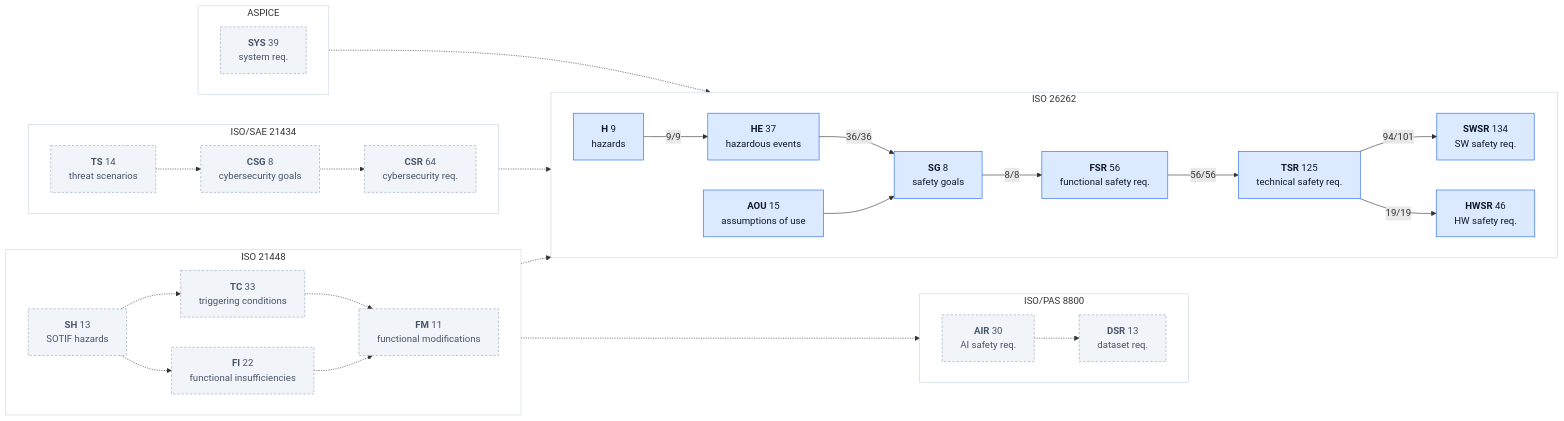
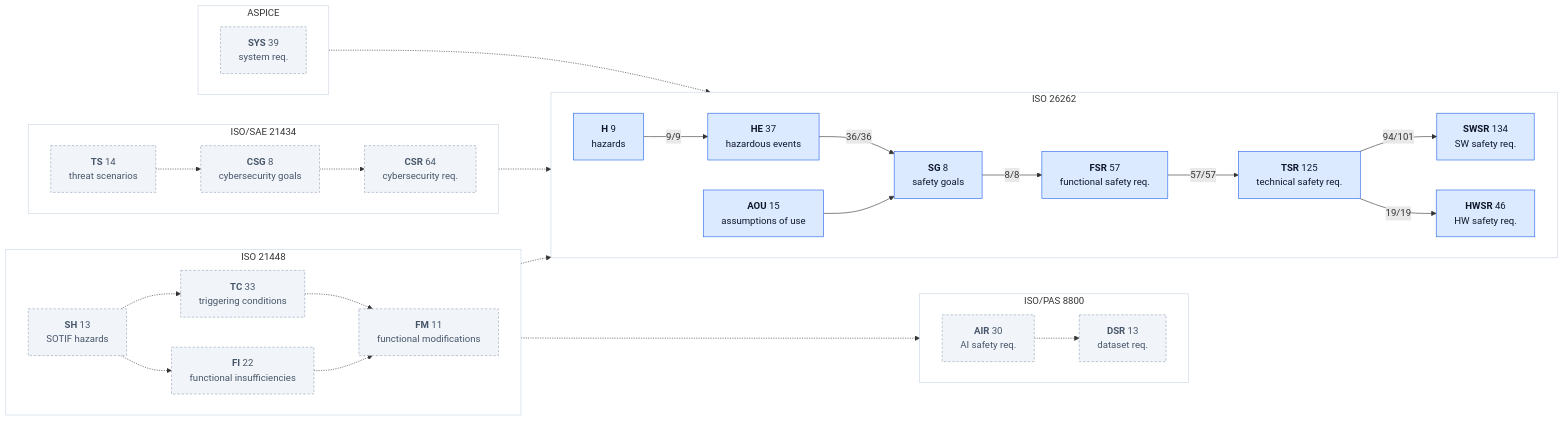
Before and after one commit to jherrodthomas/LionDriver: the second of 2 diagrams in assurance/trace/maps/aspice-trace-map.md, drawn with Mermaid. The commit also changed other lines of this file and 36 other files, not shown here.

````diff
--- a/assurance/trace/maps/aspice-trace-map.md
+++ b/assurance/trace/maps/aspice-trace-map.md
@@ -188,61 +188,61 @@
 ```mermaid
 flowchart LR
   subgraph ISO26262["ISO 26262"]
     direction LR
     kH["<b>H</b> 9<br/>hazards"]:::traced
     kHE["<b>HE</b> 37<br/>hazardous events"]:::traced
     kSG["<b>SG</b> 8<br/>safety goals"]:::traced
-    kFSR["<b>FSR</b> 56<br/>functional safety req."]:::traced
+    kFSR["<b>FSR</b> 57<br/>functional safety req."]:::traced
     kTSR["<b>TSR</b> 125<br/>technical safety req."]:::traced
     kSWSR["<b>SWSR</b> 134<br/>SW safety req."]:::traced
     kHWSR["<b>HWSR</b> 46<br/>HW safety req."]:::traced
     kAOU["<b>AOU</b> 15<br/>assumptions of use"]:::traced
   end
   style ISO26262 fill:#FFFFFF,stroke:#CBD5E1
   subgraph ISO21448["ISO 21448"]
     direction LR
     kSH["<b>SH</b> 13<br/>SOTIF hazards"]:::doc
     kTC["<b>TC</b> 33<br/>triggering conditions"]:::doc
     kFI["<b>FI</b> 22<br/>functional insufficiencies"]:::doc
     kFM["<b>FM</b> 11<br/>functional modifications"]:::doc
   end
   style ISO21448 fill:#FFFFFF,stroke:#CBD5E1
   subgraph ISOPAS8800["ISO/PAS 8800"]
     direction LR
     kAIR["<b>AIR</b> 30<br/>AI safety req."]:::doc
     kDSR["<b>DSR</b> 13<br/>dataset req."]:::doc
   end
   style ISOPAS8800 fill:#FFFFFF,stroke:#CBD5E1
   subgraph ISOSAE21434["ISO/SAE 21434"]
     direction LR
     kTS["<b>TS</b> 14<br/>threat scenarios"]:::doc
     kCSG["<b>CSG</b> 8<br/>cybersecurity goals"]:::doc
     kCSR["<b>CSR</b> 64<br/>cybersecurity req."]:::doc
   end
   style ISOSAE21434 fill:#FFFFFF,stroke:#CBD5E1
   subgraph ASPICE["ASPICE"]
     direction LR
     kSYS["<b>SYS</b> 39<br/>system req."]:::doc
   end
   style ASPICE fill:#FFFFFF,stroke:#CBD5E1
   kH -->|"9/9"| kHE
   kHE -->|"36/36"| kSG
   kSG -->|"8/8"| kFSR
-  kFSR -->|"56/56"| kTSR
+  kFSR -->|"57/57"| kTSR
   kTSR -->|"94/101"| kSWSR
   kTSR -->|"19/19"| kHWSR
   kAOU --> kSG
   kSH -.-> kTC
   kSH -.-> kFI
   kTC -.-> kFM
   kFI -.-> kFM
   kSH -.-> kHE
   kFI -.-> kAIR
   kAIR -.-> kDSR
   kTS -.-> kCSG
   kCSG -.-> kCSR
   kCSG -.-> kSG
   kSYS -.-> kTSR
   classDef traced fill:#DBEAFE,stroke:#2563EB,color:#0F172A
   classDef doc fill:#F1F5F9,stroke:#94A3B8,stroke-dasharray:4 3,color:#475569
 ```
````
